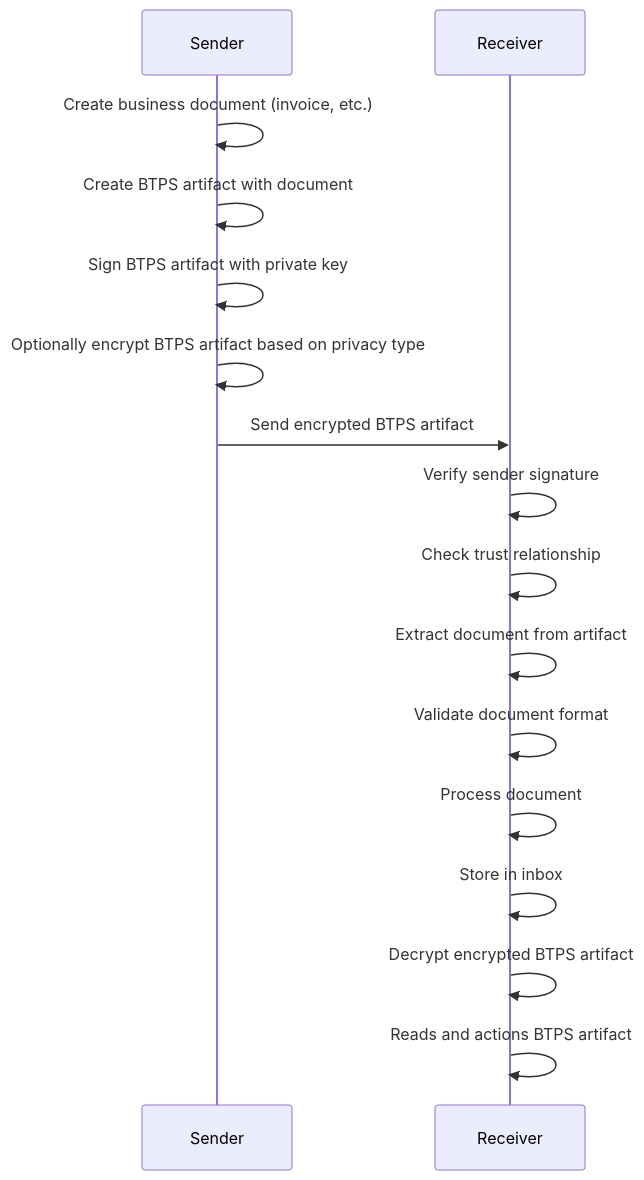
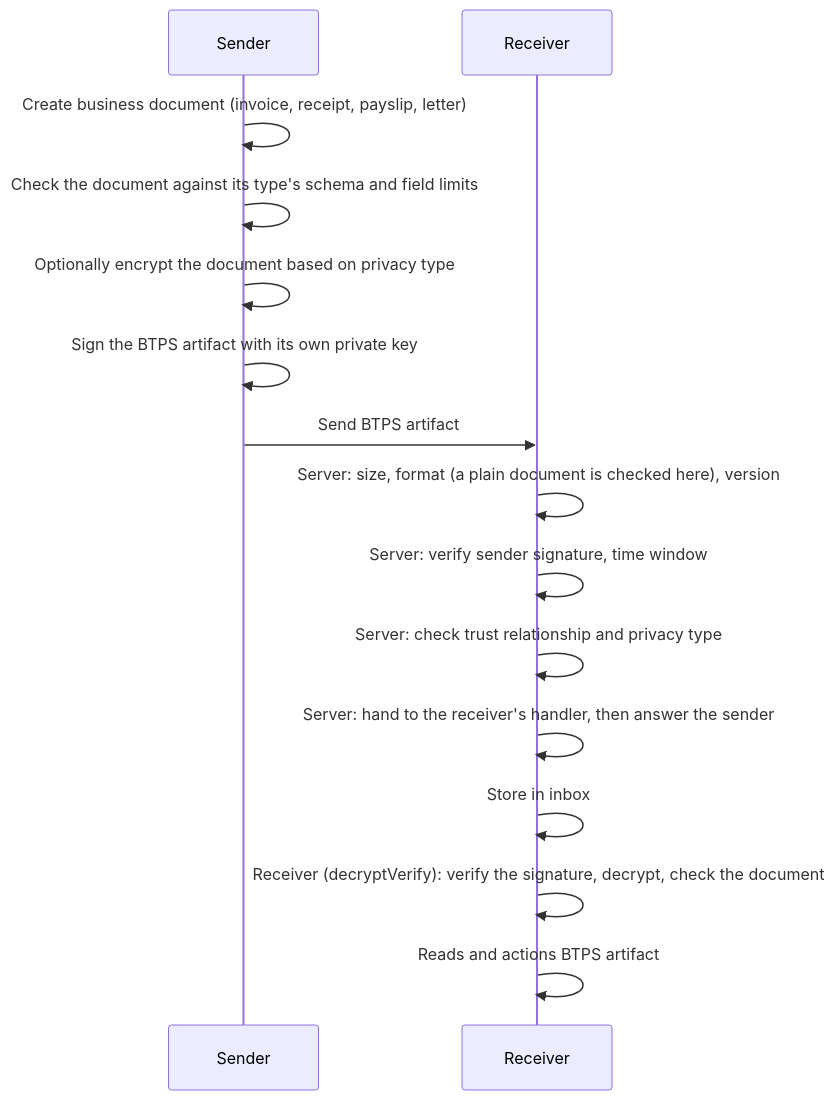
The fourth of 7 diagrams in docs/docusaurus/docs/protocol/messageFlow.md (openbtps/btps-node), drawn with Mermaid before and after one commit. The commit also changed other lines of this file and 26 other files, not shown here.

First line of the commit message:
Docs: bring every diagram in line with 1.1

````diff
--- a/docs/docusaurus/docs/protocol/messageFlow.md
+++ b/docs/docusaurus/docs/protocol/messageFlow.md
@@ -214,20 +218,19 @@
 ```mermaid
 sequenceDiagram
     participant S as Sender
     participant R as Receiver
 
-    S->>S: Create business document (invoice, etc.)
-    S->>S: Create BTPS artifact with document
-    S->>S: Sign BTPS artifact with private key
-    S->>S: Optionally encrypt BTPS artifact based on privacy type
-    S->>R: Send encrypted BTPS artifact
+    S->>S: Create business document (invoice, receipt, payslip, letter)
+    S->>S: Check the document against its type's schema and field limits
+    S->>S: Optionally encrypt the document based on privacy type
+    S->>S: Sign the BTPS artifact with its own private key
+    S->>R: Send BTPS artifact
 
-    R->>R: Verify sender signature
-    R->>R: Check trust relationship
-    R->>R: Extract document from artifact
-    R->>R: Validate document format
-    R->>R: Process document
+    R->>R: Server: size, format (a plain document is checked here), version
+    R->>R: Server: verify sender signature, time window
+    R->>R: Server: check trust relationship and privacy type
+    R->>R: Server: hand to the receiver's handler, then answer the sender
     R->>R: Store in inbox
-    R->>R: Decrypt encrypted BTPS artifact
+    R->>R: Receiver (decryptVerify): verify the signature, decrypt, check the document
     R->>R: Reads and actions BTPS artifact
 ```
````
